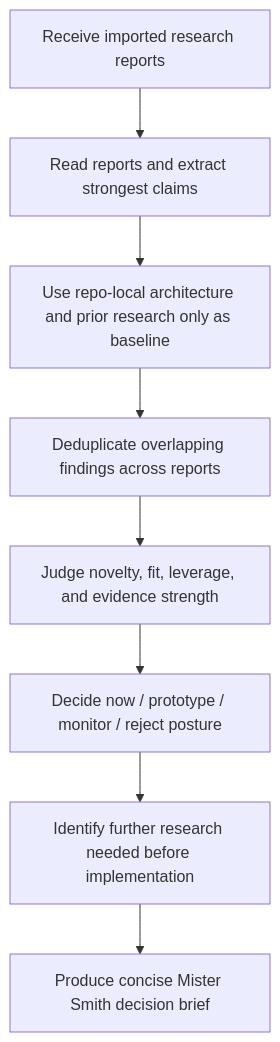
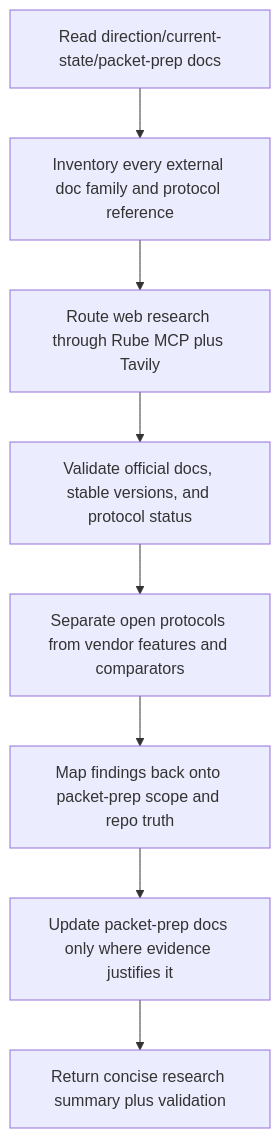
One commit to MattMagg/MisterSmith changed the diagram in docs/prompt-improver-spec/implementation_plan.md. Above: the diagram before and after it, drawn with Mermaid. The commit also changed other lines of this file and 32 other files, not shown here.

````diff
--- a/docs/prompt-improver-spec/implementation_plan.md
+++ b/docs/prompt-improver-spec/implementation_plan.md
@@ -95,10 +108,10 @@
 ```mermaid
 graph TD
-    A["Receive imported research reports"] --> B["Read reports and extract strongest claims"]
-    B --> C["Use repo-local architecture and prior research only as baseline"]
-    C --> D["Deduplicate overlapping findings across reports"]
-    D --> E["Judge novelty, fit, leverage, and evidence strength"]
-    E --> F["Decide now / prototype / monitor / reject posture"]
-    F --> G["Identify further research needed before implementation"]
-    G --> H["Produce concise Mister Smith decision brief"]
+    A["Read direction/current-state/packet-prep docs"] --> B["Inventory every external doc family and protocol reference"]
+    B --> C["Route web research through Rube MCP plus Tavily"]
+    C --> D["Validate official docs, stable versions, and protocol status"]
+    D --> E["Separate open protocols from vendor features and comparators"]
+    E --> F["Map findings back onto packet-prep scope and repo truth"]
+    F --> G["Update packet-prep docs only where evidence justifies it"]
+    G --> H["Return concise research summary plus validation"]
 ```
````
